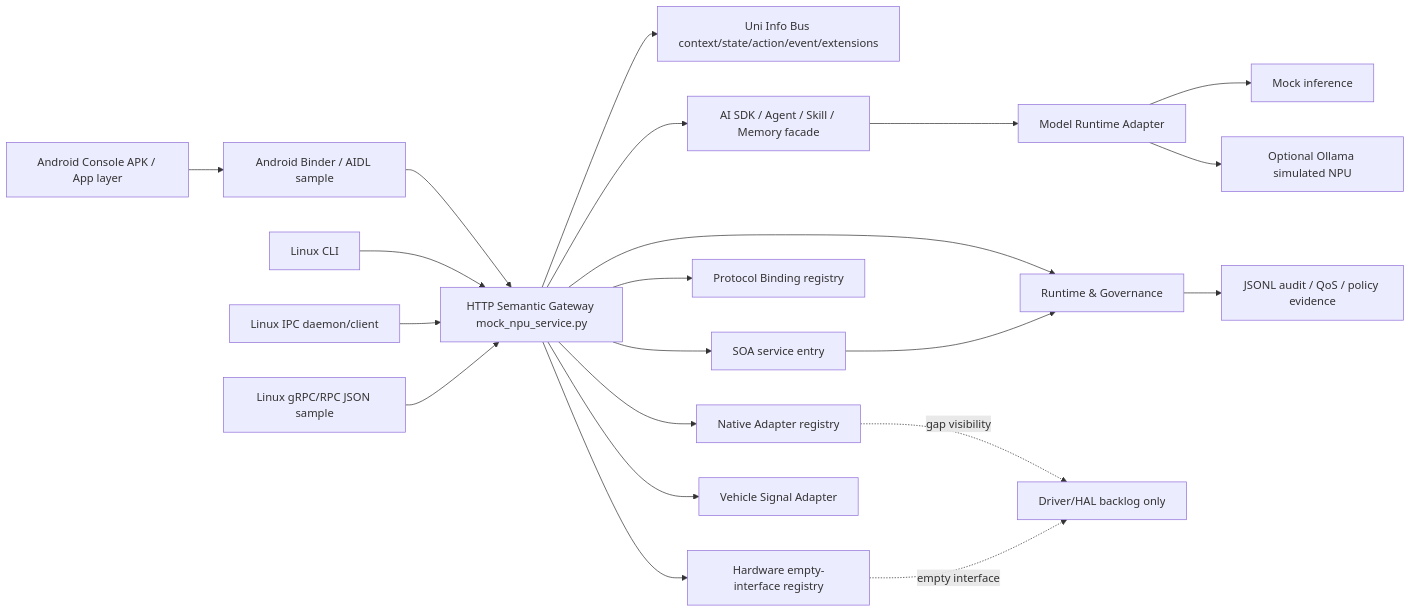
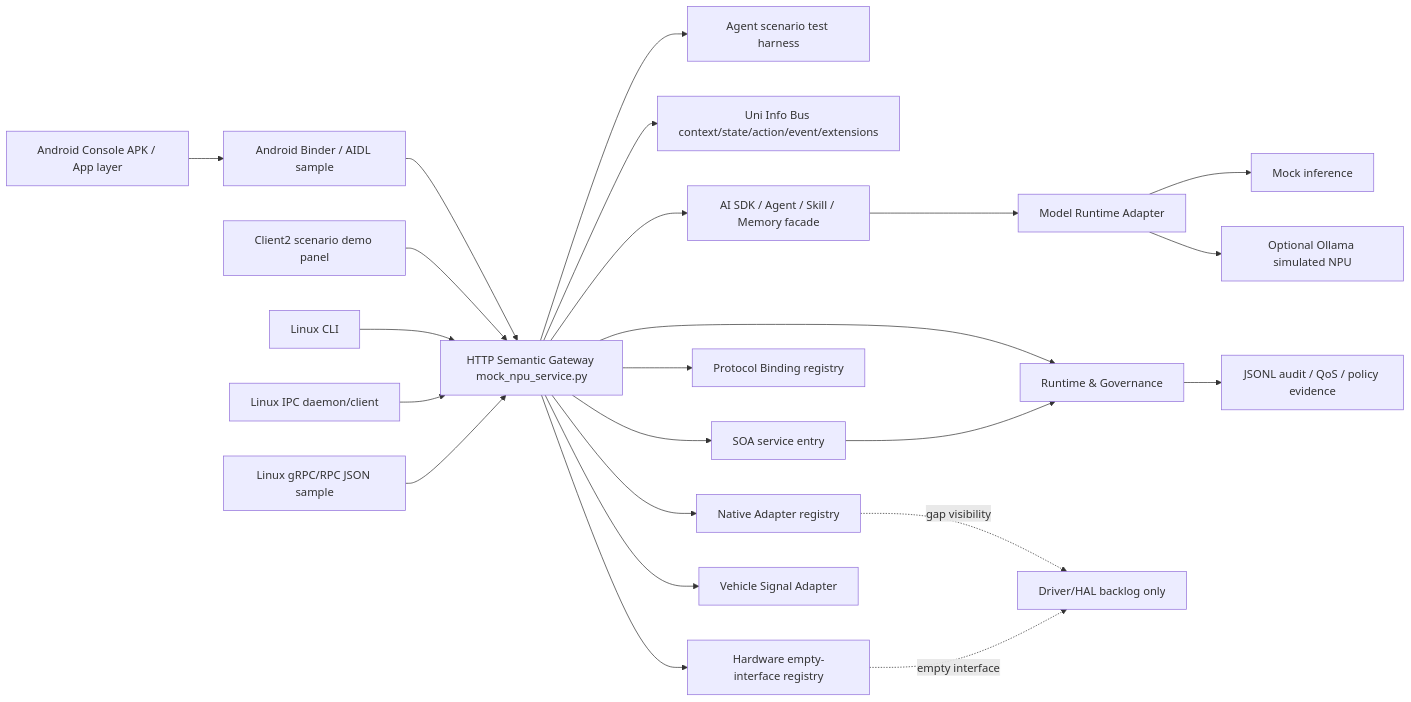
The first of 7 diagrams in docs/CENTRAL_BRAIN_PROTOTYPE_MODULE_INTERFACE_MAP.md (LucasWEIchen/CougarOS), drawn with Mermaid before and after one commit. The commit also changed other lines of this file and 24 other files, not shown here.

Commit message:
feat: add Client2 agent scenario test panel

````diff
--- a/docs/CENTRAL_BRAIN_PROTOTYPE_MODULE_INTERFACE_MAP.md
+++ b/docs/CENTRAL_BRAIN_PROTOTYPE_MODULE_INTERFACE_MAP.md
@@ -46,27 +46,29 @@
 ```mermaid
 flowchart LR
   AndroidApp["Android Console APK / App layer"] --> AndroidBinder["Android Binder / AIDL sample"]
   AndroidBinder --> RestGateway["HTTP Semantic Gateway mock_npu_service.py"]
+  Client2["Client2 scenario demo panel"] --> RestGateway
+  RestGateway --> Scenario["Agent scenario test harness"]
 
   LinuxCli["Linux CLI"] --> RestGateway
   LinuxIPC["Linux IPC daemon/client"] --> RestGateway
   LinuxGRPC["Linux gRPC/RPC JSON sample"] --> RestGateway
 
   RestGateway --> UIB["Uni Info Bus context/state/action/event/extensions"]
   RestGateway --> AI["AI SDK / Agent / Skill / Memory facade"]
   RestGateway --> SOA["SOA service entry"]
   RestGateway --> Governance["Runtime & Governance"]
   RestGateway --> Binding["Protocol Binding registry"]
   RestGateway --> Native["Native Adapter registry"]
   RestGateway --> Hardware["Hardware empty-interface registry"]
   RestGateway --> Vehicle["Vehicle Signal Adapter"]
 
   AI --> ModelRuntime["Model Runtime Adapter"]
   SOA --> Governance
   Governance --> Audit["JSONL audit / QoS / policy evidence"]
   ModelRuntime --> MockNPU["Mock inference"]
   ModelRuntime --> Ollama["Optional Ollama simulated NPU"]
 
   Native -. gap visibility .-> DriverHAL["Driver/HAL backlog only"]
   Hardware -. empty interface .-> DriverHAL
 ```
````
